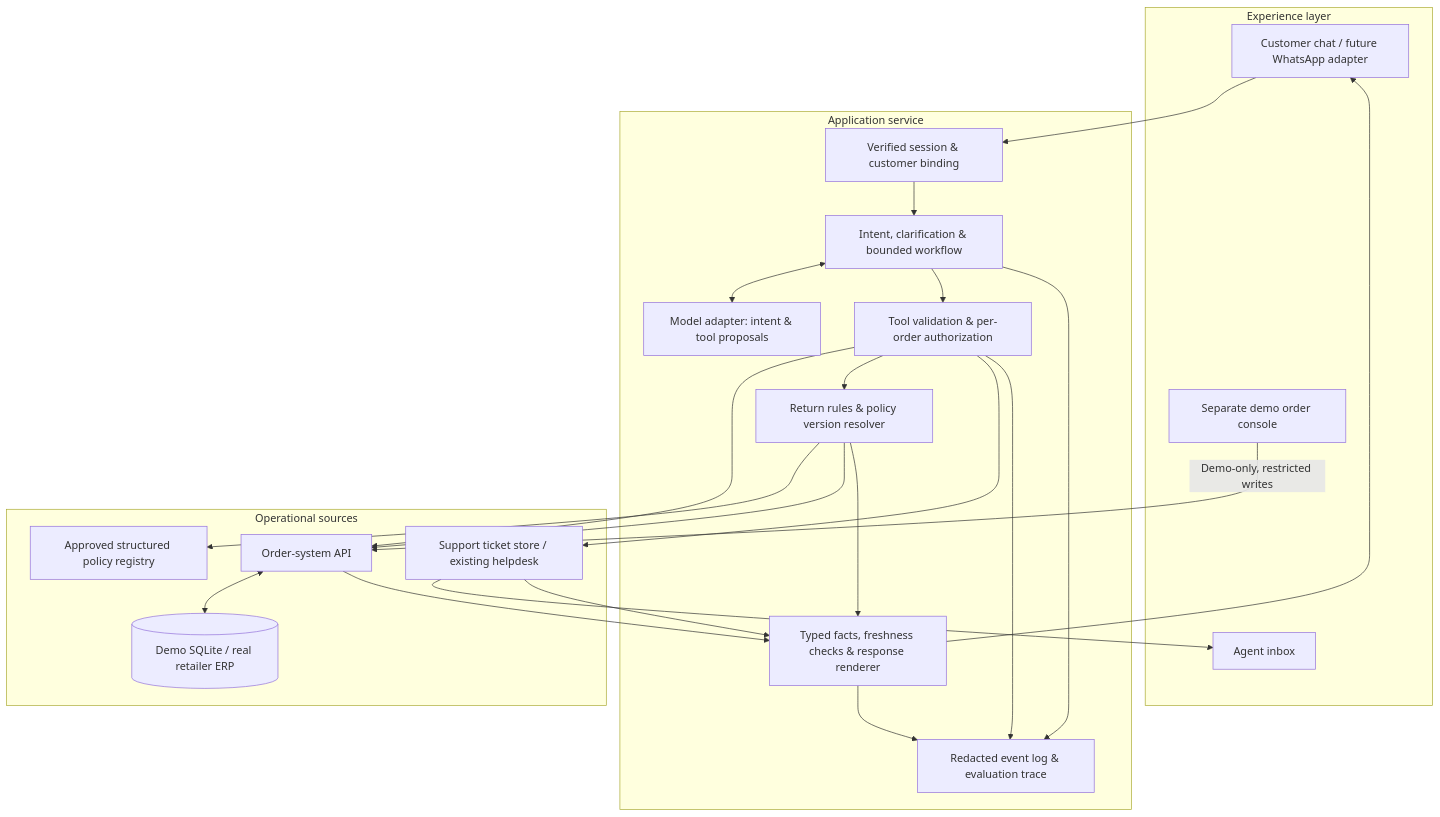
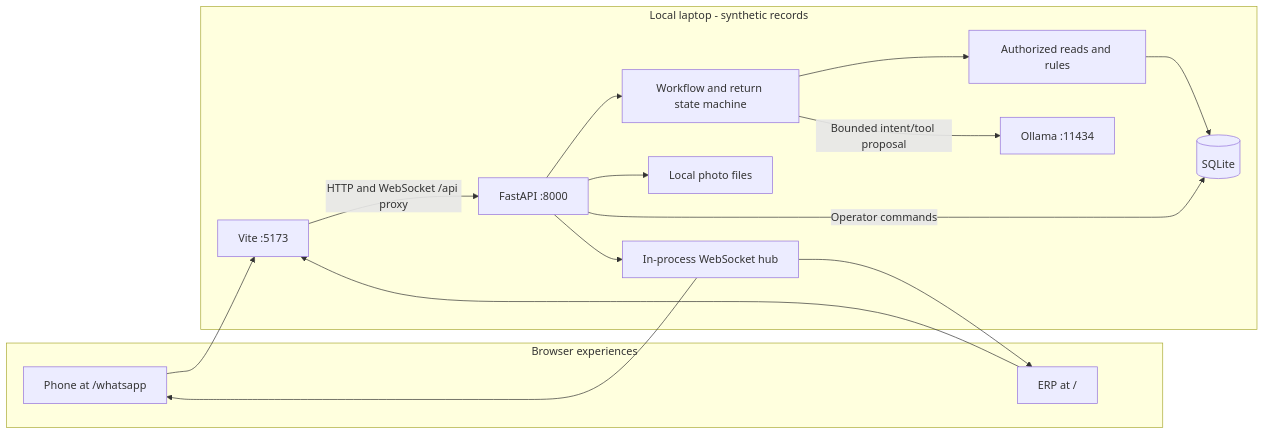
One commit to presish1/aim-retail-support changed the first of 3 diagrams in docs/03-architecture.md. Above: the diagram before and after it, drawn with Mermaid. The commit also changed other lines of this file and 20 other files, not shown here.

Commit message:
Document MVP architecture, safety boundaries and presentation handoff

````diff
--- a/docs/03-architecture.md
+++ b/docs/03-architecture.md
@@ -7,39 +11,28 @@
 ```mermaid
-flowchart TB
-    subgraph Experience[Experience layer]
-      CHAT[Customer chat / future WhatsApp adapter]
-      INBOX[Agent inbox]
-      ADMIN[Separate demo order console]
+flowchart LR
+    subgraph Browser[Browser experiences]
+        PHONE[Phone at /whatsapp]
+        ERP[ERP at /]
     end
-    subgraph Service[Application service]
-      ID[Verified session & customer binding]
-      FLOW[Intent, clarification & bounded workflow]
-      MODEL[Model adapter: intent & tool proposals]
-      GATE[Tool validation & per-order authorization]
-      RULE[Return rules & policy version resolver]
-      FACT[Typed facts, freshness checks & response renderer]
-      AUDIT[Redacted event log & evaluation trace]
+    subgraph Local[Local laptop - synthetic records]
+        V[Vite :5173]
+        API[FastAPI :8000]
+        WF[Workflow and return state machine]
+        READ[Authorized reads and rules]
+        DB[(SQLite)]
+        FILES[Local photo files]
+        HUB[In-process WebSocket hub]
+        O[Ollama :11434]
     end
-    subgraph Systems[Operational sources]
-      ORDER[Order-system API]
-      DB[(Demo SQLite / real retailer ERP)]
-      POLICY[Approved structured policy registry]
-      TICKET[Support ticket store / existing helpdesk]
-    end
-    CHAT --> ID --> FLOW
-    FLOW <--> MODEL
-    FLOW --> GATE
-    GATE --> ORDER <--> DB
-    GATE --> RULE
-    RULE --> POLICY
-    RULE --> ORDER
-    GATE --> TICKET --> INBOX
-    ORDER --> FACT
-    RULE --> FACT
-    TICKET --> FACT
-    FACT --> CHAT
-    FLOW --> AUDIT
-    GATE --> AUDIT
-    FACT --> AUDIT
-    ADMIN -->|Demo-only, restricted writes| ORDER
+    PHONE --> V
+    ERP --> V
+    V -->|HTTP and WebSocket /api proxy| API
+    API --> WF
+    WF -->|Bounded intent/tool proposal| O
+    WF --> READ --> DB
+    API -->|Operator commands| DB
+    API --> FILES
+    API --> HUB
+    HUB --> PHONE
+    HUB --> ERP
 ```
````
